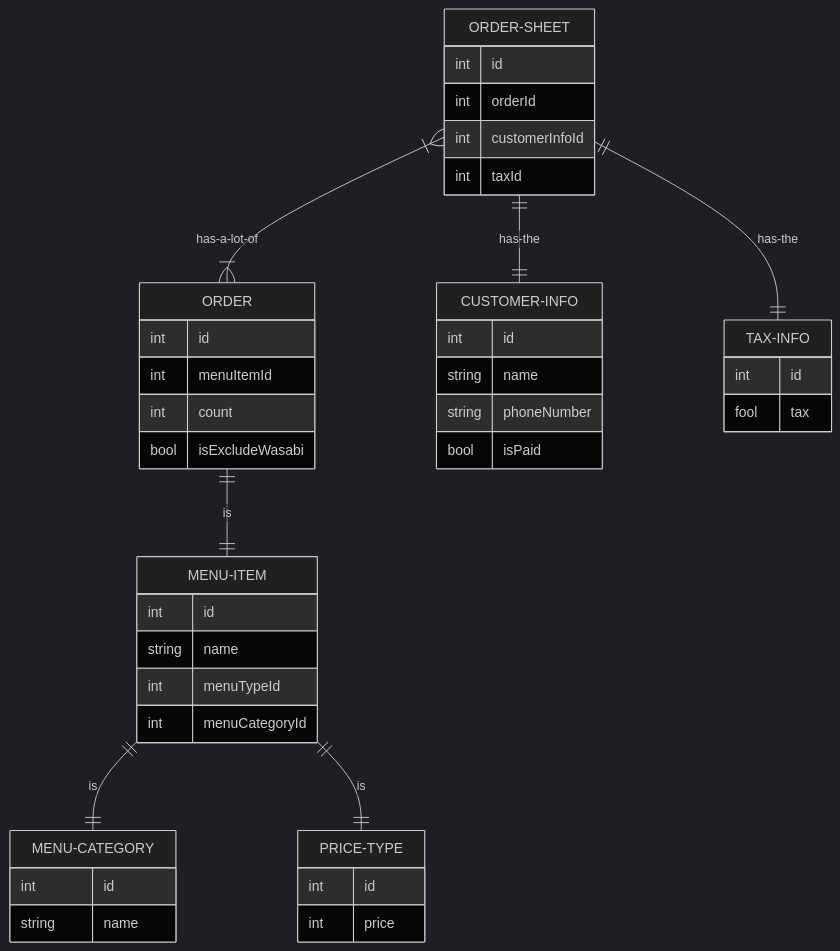
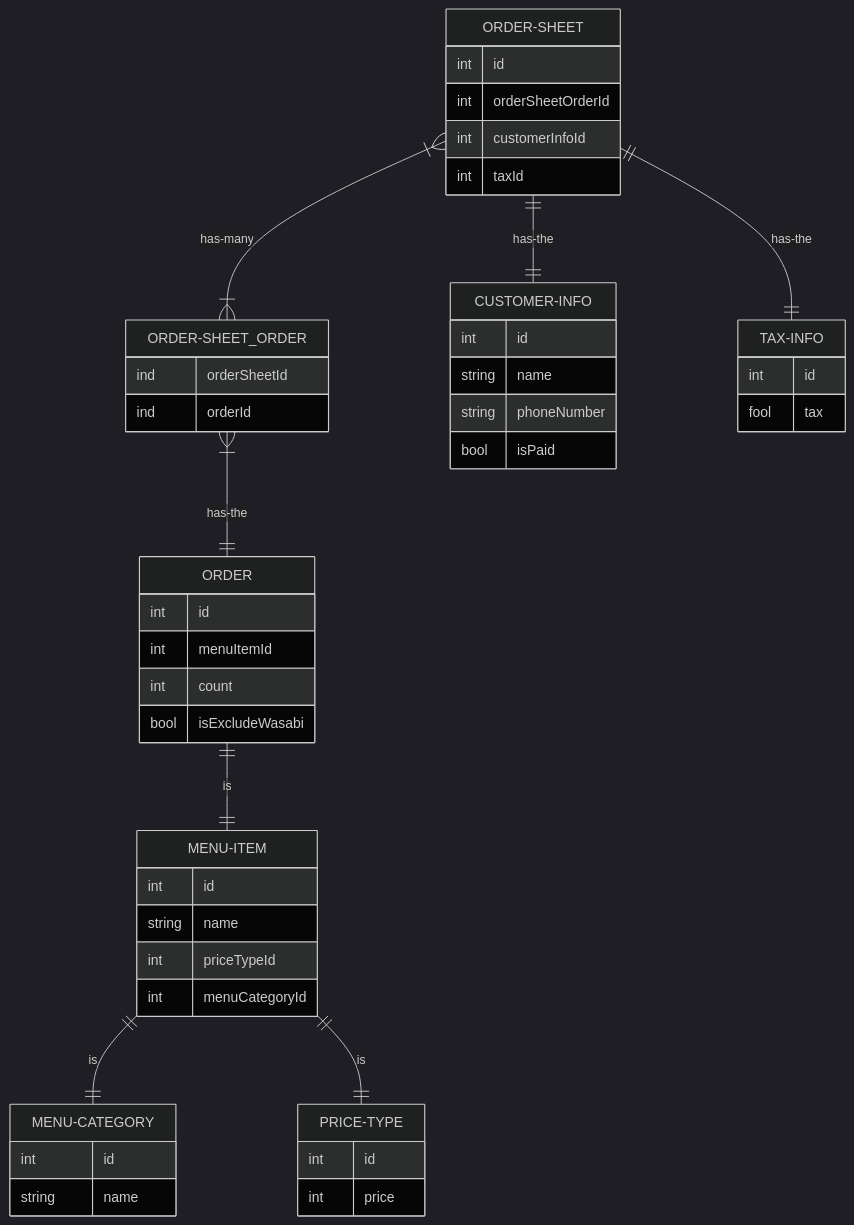
One commit to junseinagao/praha-challenge changed the diagram in データベース設計/DBモデリング1/README.md. Above: the diagram before and after it, drawn with Mermaid (dark theme).

Commit message:
DB モデリング 1 - 課題1を修正。中間テーブルを追加。

````diff
--- a/データベース設計/DBモデリング1/README.md
+++ b/データベース設計/DBモデリング1/README.md
@@ -5,52 +5,58 @@
 ```mermaid
 erDiagram
-    ORDER-SHEET }|--|{ ORDER : has-a-lot-of
+    ORDER-SHEET }|--|{ ORDER-SHEET_ORDER : has-many
+    ORDER-SHEET_ORDER }|--|| ORDER : has-the
     ORDER-SHEET ||--|| CUSTOMER-INFO : has-the
     ORDER-SHEET ||--|| TAX-INFO : has-the
     ORDER ||--|| MENU-ITEM : is
     MENU-ITEM ||--|| MENU-CATEGORY : is
     MENU-ITEM ||--|| PRICE-TYPE : is
 
     ORDER-SHEET {
         int id
-        int orderId
+        int orderSheetOrderId
         int customerInfoId
         int taxId
+    }
+
+    ORDER-SHEET_ORDER {
+        ind orderSheetId
+        ind orderId
     }
 
     ORDER {
         int id
         int menuItemId
         int count
         bool isExcludeWasabi
     }
 
     MENU-ITEM {
         int id
         string name
-        int menuTypeId
+        int priceTypeId
         int menuCategoryId
     }
 
     PRICE-TYPE {
         int id
         int price
     }
 
     MENU-CATEGORY {
         int id
         string name
     }
 
     CUSTOMER-INFO {
         int id
         string name
         string phoneNumber
         bool isPaid
     }
 
     TAX-INFO {
         int id
         fool tax
     }
 ```
````
